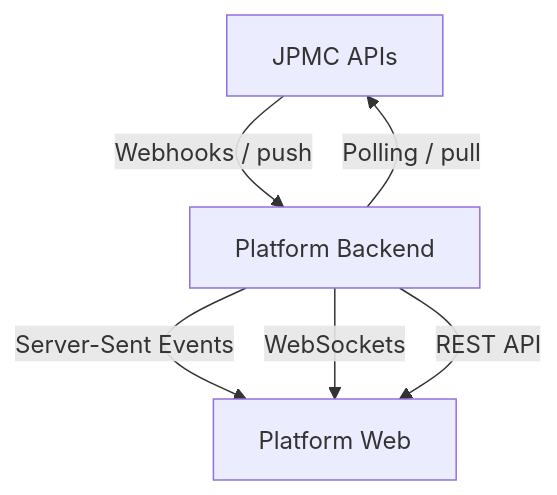
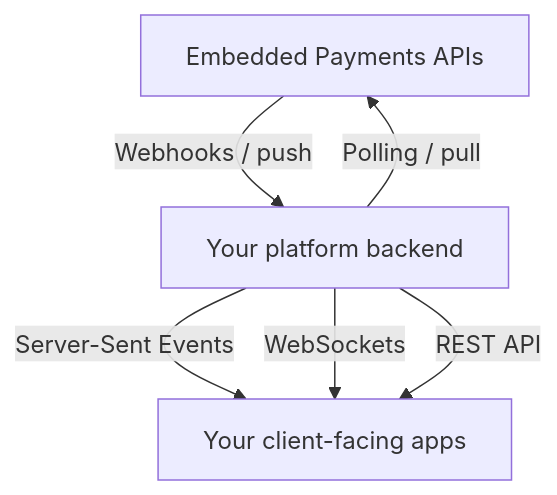
Before and after one commit to jpmorgan-payments/embedded-finance: the diagram in embedded-components/docs/WEBHOOK_INTEGRATION_RECIPE.md, drawn with Mermaid. The commit also changed other lines of this file and 11 other files, not shown here.

````diff
--- a/embedded-components/docs/WEBHOOK_INTEGRATION_RECIPE.md
+++ b/embedded-components/docs/WEBHOOK_INTEGRATION_RECIPE.md
@@ -20,8 +27,8 @@
 ```mermaid
 graph TD
-    A[JPMC APIs] -->|Webhooks / push| B["Platform Backend"]
+    A[Embedded Payments APIs] -->|Webhooks / push| B["Your platform backend"]
     B -->|Polling / pull| A
-    B -->|Server-Sent Events| C[Platform Web]
+    B -->|Server-Sent Events| C[Your client-facing apps]
     B -->|WebSockets| C
     B -->|REST API| C
 ```
````
